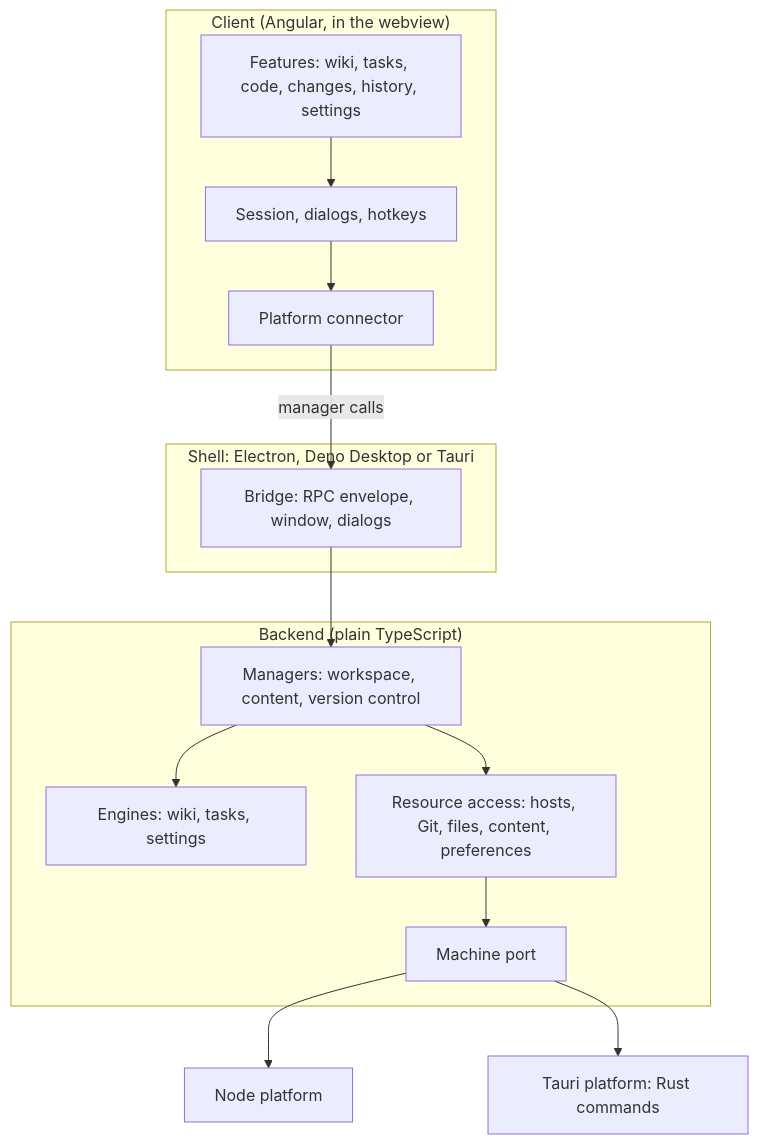
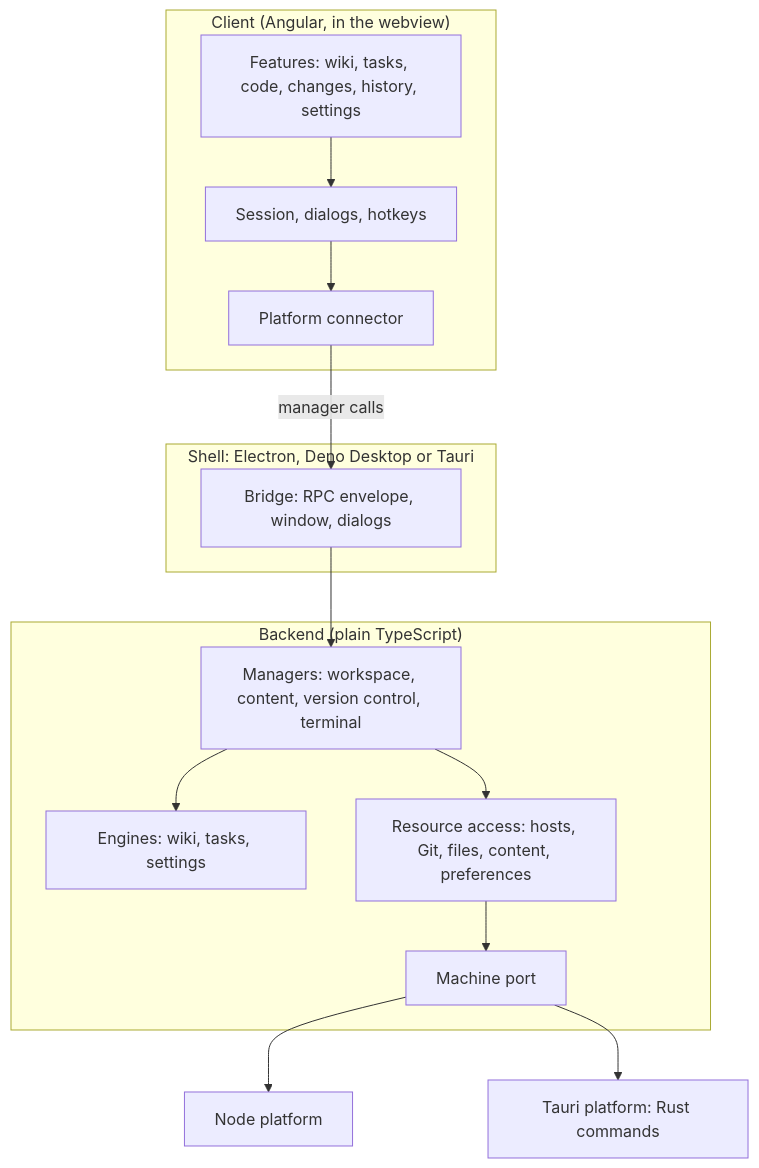
One commit to genbeya/genbeya changed the diagram in docs/Architecture.md. Above: the diagram before and after it, drawn with Mermaid. The commit also changed other lines of this file and 10 other files, not shown here.

````diff
--- a/docs/Architecture.md
+++ b/docs/Architecture.md
@@ -5,18 +5,18 @@
 ```mermaid
 flowchart TB
   subgraph Client["Client (Angular, in the webview)"]
     views[Features: wiki, tasks, code, changes, history, settings] --> core[Session, dialogs, hotkeys]
     core --> connector[Platform connector]
   end
   subgraph Shell["Shell: Electron, Deno Desktop or Tauri"]
     bridge[Bridge: RPC envelope, window, dialogs]
   end
   subgraph Backend["Backend (plain TypeScript)"]
-    managers[Managers: workspace, content, version control] --> engines[Engines: wiki, tasks, settings]
+    managers[Managers: workspace, content, version control, terminal] --> engines[Engines: wiki, tasks, settings]
     managers --> access[Resource access: hosts, Git, files, content, preferences]
     access --> machine[Machine port]
   end
   connector -- "manager calls" --> bridge --> managers
   machine --> node[Node platform]
   machine --> tauri[Tauri platform: Rust commands]
 ```
````
